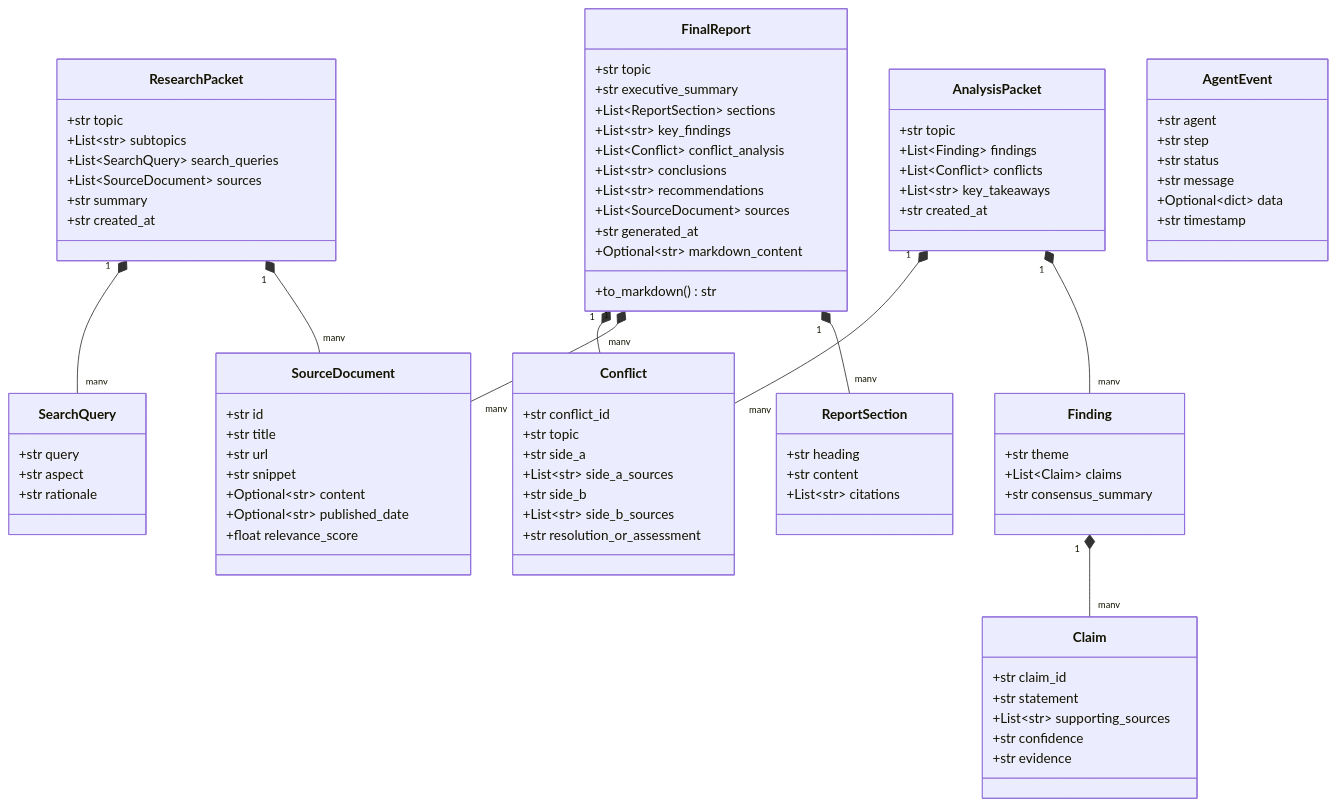
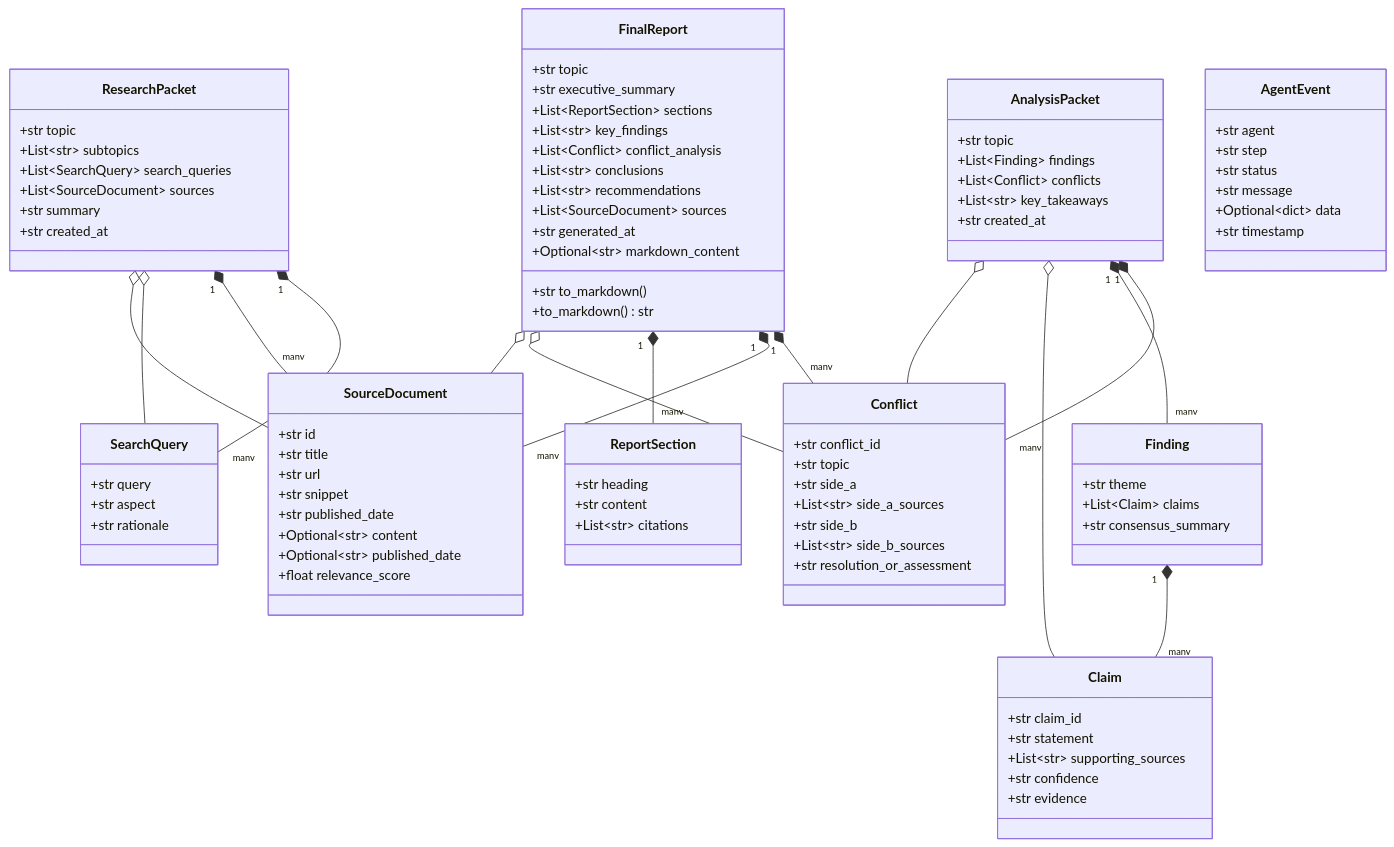
One commit to omkarmusle510-web/multi-agent-research-assistant changed the second of 2 diagrams in ARCHITECTURE.md. Above: the diagram before and after it, drawn with Mermaid. The commit also changed other lines of this file and 4 other files, not shown here.

```diff
--- a/ARCHITECTURE.md
+++ b/ARCHITECTURE.md
@@ -166,6 +219,7 @@
         +str title
         +str url
         +str snippet
+        +str published_date
         +Optional~str~ content
         +Optional~str~ published_date
         +float relevance_score
@@ -233,11 +287,18 @@
         +List~str~ conclusions
         +List~str~ recommendations
         +List~SourceDocument~ sources
+        +str to_markdown()
         +str generated_at
         +Optional~str~ markdown_content
         +to_markdown() str
     }
 
+    ResearchPacket o-- SourceDocument
+    ResearchPacket o-- SearchQuery
+    AnalysisPacket o-- Conflict
+    AnalysisPacket o-- Claim
+    FinalReport o-- SourceDocument
+    FinalReport o-- Conflict
     class AgentEvent {
         +str agent
         +str step
```
